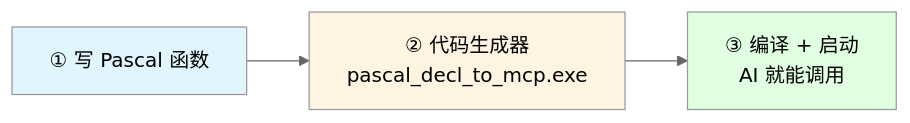
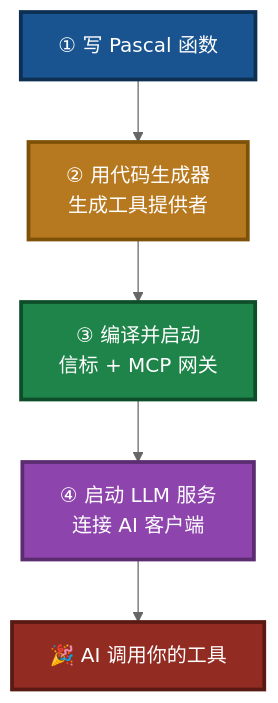
Before and after one commit to PassByYou888/LingoFuse-pasAgent: the fifth of 13 diagrams in readme.md, drawn with Mermaid (neutral theme). The commit also changed other lines of this file, not shown here.

````diff
--- a/readme.md
+++ b/readme.md
@@ -50,9 +108,16 @@
 ```mermaid
-flowchart LR
-    S1["① 写 Pascal 函数"] --> S2["② 代码生成器<br/>pascal_decl_to_mcp.exe"]
-    S2 --> S3["③ 编译 + 启动<br/>AI 就能调用"]
+flowchart TB
+    S1["① 写 Pascal 函数"]
+    S2["② 用代码生成器<br/>生成工具提供者"]
+    S3["③ 编译并启动<br/>信标 + MCP 网关"]
+    S4["④ 启动 LLM 服务<br/>连接 AI 客户端"]
+    S5["🎉 AI 调用你的工具"]
 
-    style S1 fill:#e1f5ff
-    style S2 fill:#fff4e1
-    style S3 fill:#e1ffe1
+    S1 --> S2 --> S3 --> S4 --> S5
+
+    style S1 fill:#1A5490,stroke:#0D2F52,stroke-width:3px,color:#FFFFFF
+    style S2 fill:#B7791F,stroke:#7E5109,stroke-width:3px,color:#FFFFFF
+    style S3 fill:#1E8449,stroke:#0E4D2A,stroke-width:3px,color:#FFFFFF
+    style S4 fill:#8E44AD,stroke:#5B2C6F,stroke-width:3px,color:#FFFFFF
+    style S5 fill:#922B21,stroke:#5A1A14,stroke-width:3px,color:#FFFFFF
 ```
````
